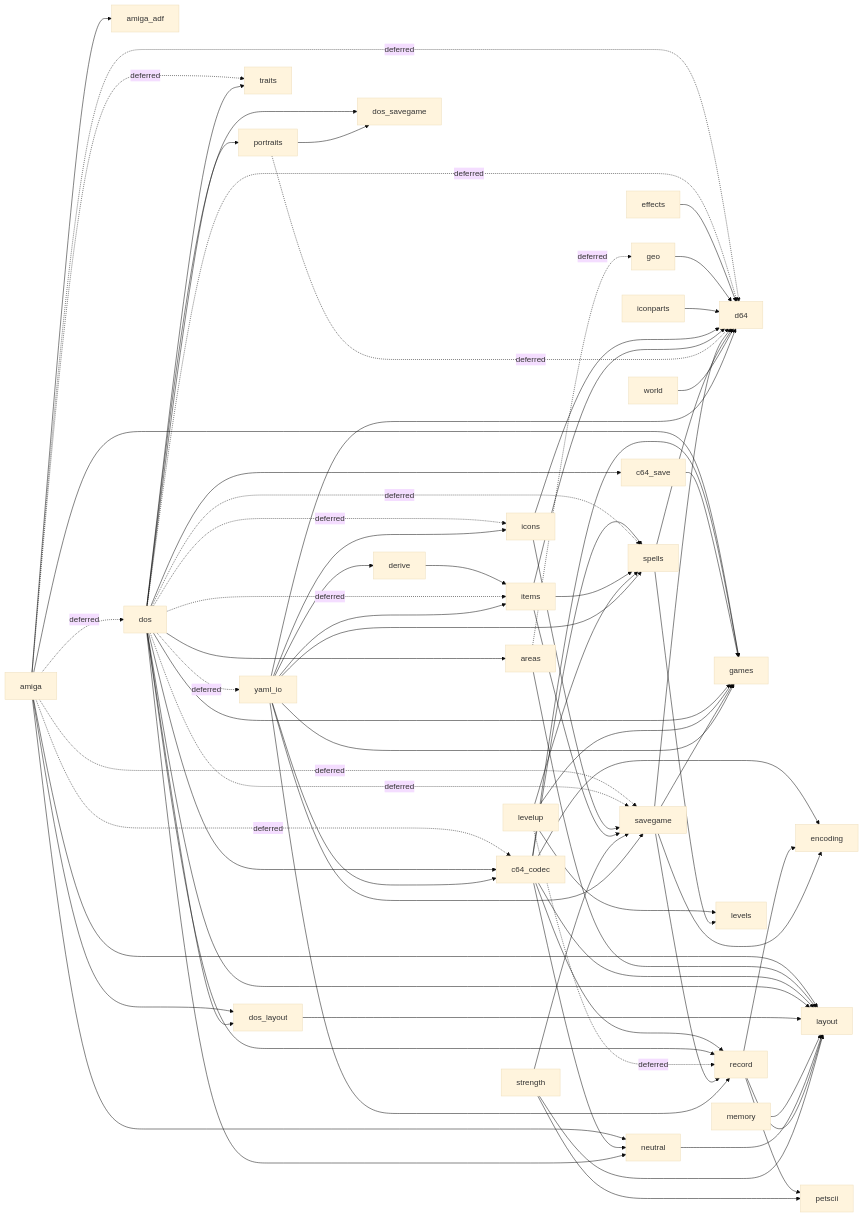
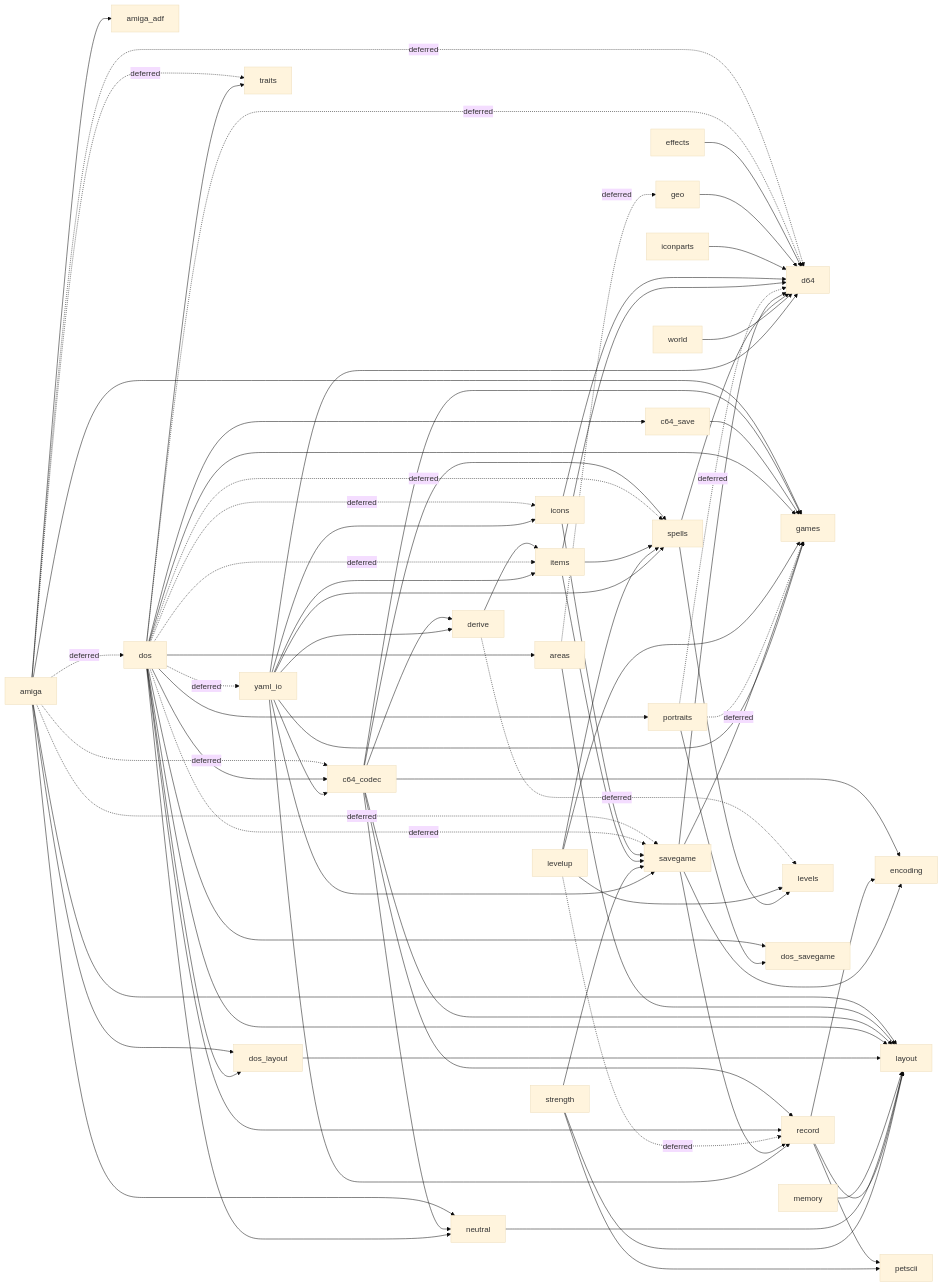
One commit to malcyon/wish changed the fourth of 4 diagrams in docs/117-save-conversion.md. Above: the diagram before and after it, drawn with Mermaid (base theme).

Commit message:
Regenerate the import graph after the turning derivation moved an edge (#288)
Claude-Session: https://claude.ai/code/session_014VfEwX1Zk56tzFR8sY6MjB

````diff
--- a/docs/117-save-conversion.md
+++ b/docs/117-save-conversion.md
@@ -1846,79 +1846,82 @@
 ```mermaid
 graph LR
   amiga --> amiga_adf
   amiga -.->|deferred| c64_codec
   amiga -.->|deferred| d64
   amiga -.->|deferred| dos
   amiga --> dos_layout
   amiga --> games
   amiga --> layout
   amiga --> neutral
   amiga -.->|deferred| savegame
   amiga -.->|deferred| traits
   areas -.->|deferred| geo
   areas --> layout
+  c64_codec --> derive
   c64_codec --> encoding
   c64_codec --> games
   c64_codec --> layout
   c64_codec --> neutral
   c64_codec --> record
   c64_codec --> spells
   c64_save --> games
   derive --> items
+  derive -.->|deferred| levels
   dos --> areas
   dos --> c64_codec
   dos --> c64_save
   dos -.->|deferred| d64
   dos --> dos_layout
   dos --> dos_savegame
   dos --> games
   dos -.->|deferred| icons
   dos -.->|deferred| items
   dos --> layout
   dos --> neutral
   dos --> portraits
   dos --> record
   dos -.->|deferred| savegame
   dos -.->|deferred| spells
   dos --> traits
   dos -.->|deferred| yaml_io
   dos_layout --> layout
   effects --> d64
   geo --> d64
   iconparts --> d64
   icons --> d64
   icons --> savegame
   items --> d64
   items --> savegame
   items --> spells
   levelup --> games
   levelup --> levels
   levelup -.->|deferred| record
   levelup --> spells
   memory --> layout
   neutral --> layout
   portraits -.->|deferred| d64
   portraits --> dos_savegame
+  portraits -.->|deferred| games
   record --> encoding
   record --> layout
   record --> petscii
   savegame --> d64
   savegame --> encoding
   savegame --> games
   savegame --> record
   spells --> d64
   spells --> levels
   strength --> layout
   strength --> petscii
   strength --> savegame
   world --> d64
   yaml_io --> c64_codec
   yaml_io --> d64
   yaml_io --> derive
   yaml_io --> games
   yaml_io --> icons
   yaml_io --> items
   yaml_io --> record
   yaml_io --> savegame
   yaml_io --> spells
 ```
````
